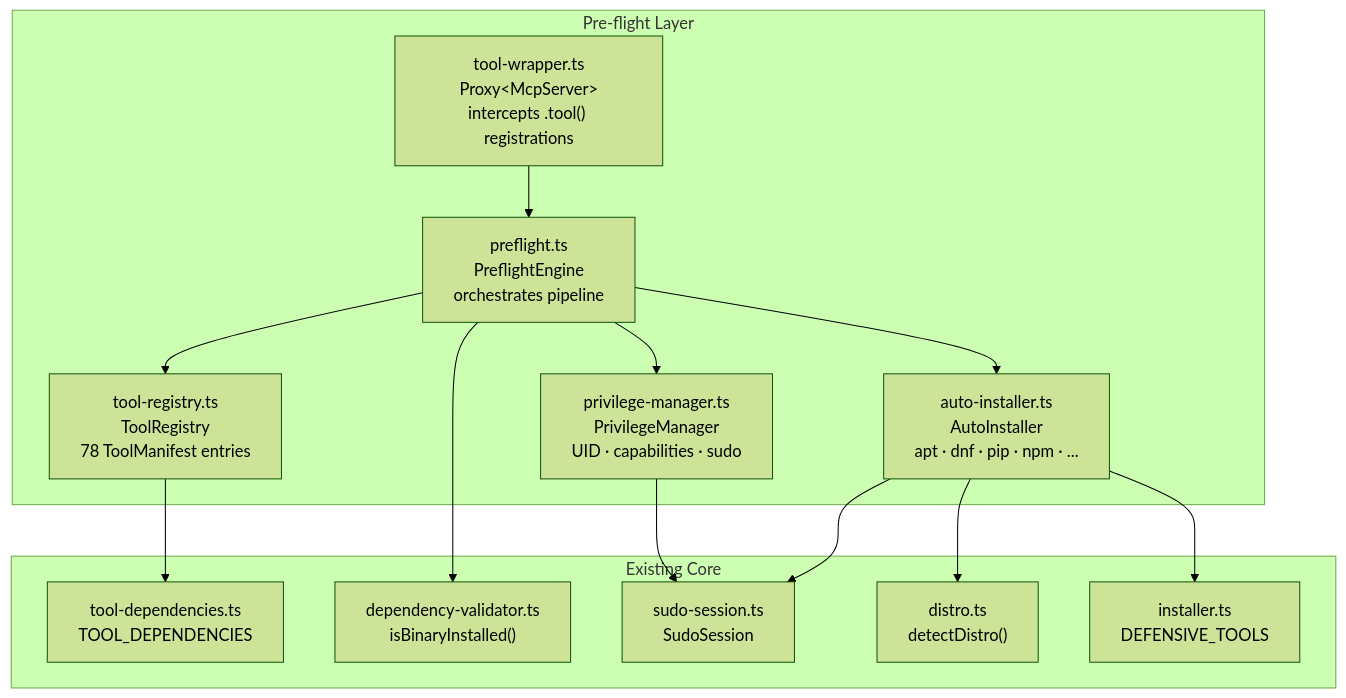
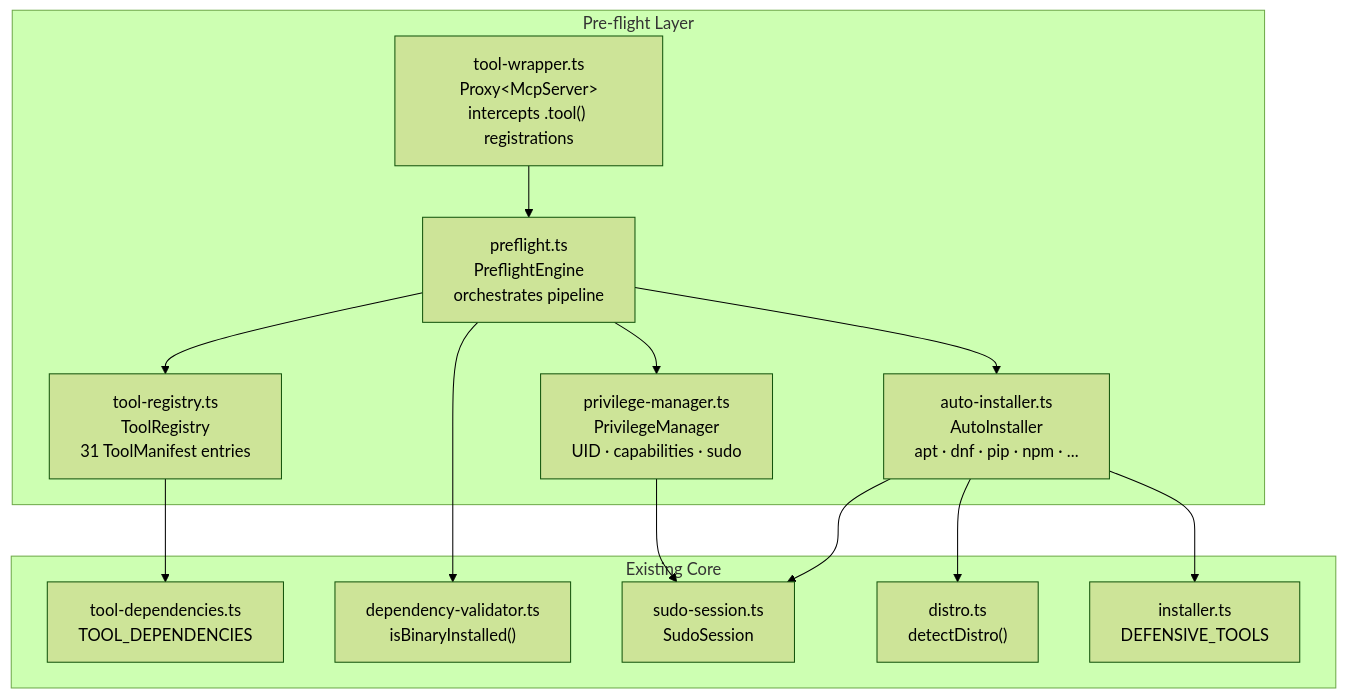
The second of 5 diagrams in docs/ARCHITECTURE.md (bottobot/defense-mcp-server), drawn with Mermaid (forest theme) before and after one commit. The commit also changed other lines of this file and 16 other files, not shown here.

````diff
--- a/docs/ARCHITECTURE.md
+++ b/docs/ARCHITECTURE.md
@@ -229,30 +229,30 @@
 ```mermaid
 graph TD
     subgraph "Pre-flight Layer"
         WRAPPER["tool-wrapper.ts<br/>Proxy&lt;McpServer&gt;<br/>intercepts .tool() registrations"]
         PREFLIGHT["preflight.ts<br/>PreflightEngine<br/>orchestrates pipeline"]
-        REGISTRY["tool-registry.ts<br/>ToolRegistry<br/>78 ToolManifest entries"]
+        REGISTRY["tool-registry.ts<br/>ToolRegistry<br/>31 ToolManifest entries"]
         PRIV["privilege-manager.ts<br/>PrivilegeManager<br/>UID · capabilities · sudo"]
         AUTO["auto-installer.ts<br/>AutoInstaller<br/>apt · dnf · pip · npm · ..."]
     end
 
     subgraph "Existing Core"
         DEPS["tool-dependencies.ts<br/>TOOL_DEPENDENCIES"]
         VALID["dependency-validator.ts<br/>isBinaryInstalled()"]
         SUDO["sudo-session.ts<br/>SudoSession"]
         DISTRO["distro.ts<br/>detectDistro()"]
         INSTALL["installer.ts<br/>DEFENSIVE_TOOLS"]
     end
 
     WRAPPER --> PREFLIGHT
     PREFLIGHT --> REGISTRY
     PREFLIGHT --> PRIV
     PREFLIGHT --> AUTO
     PREFLIGHT --> VALID
 
     REGISTRY --> DEPS
     PRIV --> SUDO
     AUTO --> DISTRO
     AUTO --> INSTALL
     AUTO --> SUDO
 ```
````
